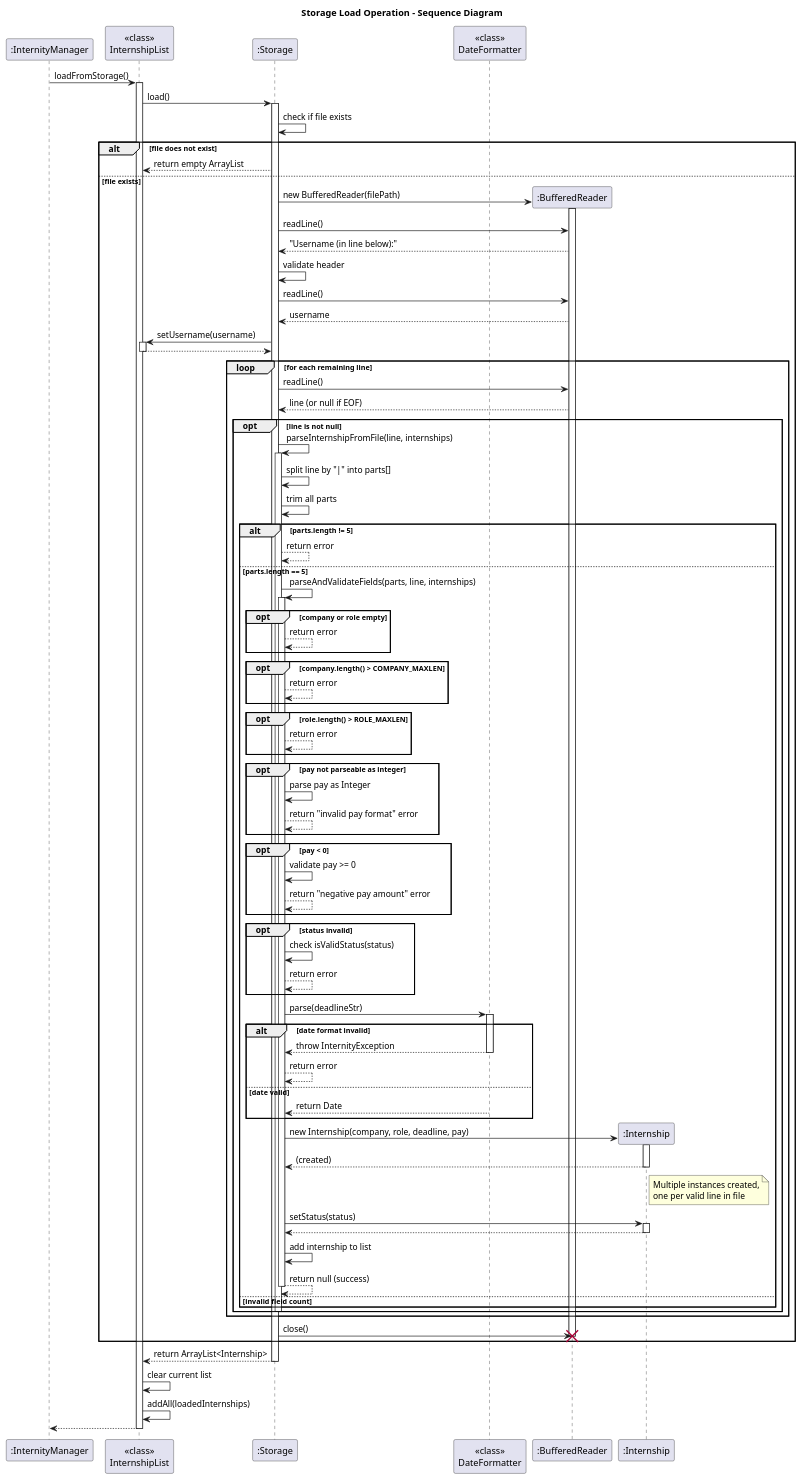
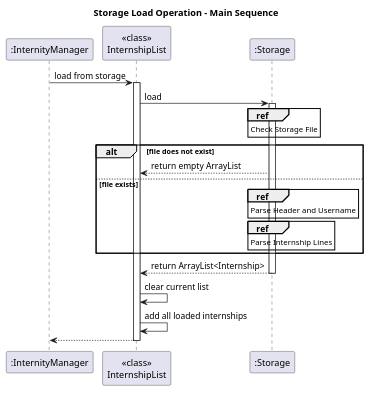
Before and after one commit to AY2526S1-CS2113-W14-4/tp: the diagram in docs/diagrams/StorageLoadSD.puml, drawn with PlantUML. The commit also changed 7 other files, not shown here.

Commit message:
Simplify StorageLoadSD

```diff
--- a/docs/diagrams/StorageLoadSD.puml
+++ b/docs/diagrams/StorageLoadSD.puml
@@ -1,127 +1,39 @@
 @startuml
-title Storage Load Operation - Sequence Diagram
+title Storage Load Operation - Main Sequence
 
 participant ":InternityManager" as IM
 participant "<<class>>\nInternshipList" as IL
 participant ":Storage" as S
-participant "<<class>>\nDateFormatter" as DF
 
-IM -> IL: loadFromStorage()
+IM -> IL: load from storage
 activate IL
 
-IL -> S: load()
+IL -> S: load
 activate S
 
-S -> S: check if file exists
+ref over S
+    Check Storage File
+end ref
+
 alt file does not exist
     S --> IL: return empty ArrayList
 else file exists
-    create ":BufferedReader" as BR
-    S -> BR**: new BufferedReader(filePath)
-    activate BR
+    ref over S
+        Parse Header and Username
+    end ref
 
-    S -> BR: readLine()
-    BR --> S: "Username (in line below):"
-
-    S -> S: validate header
-
-    S -> BR: readLine()
-    BR --> S: username
-
-    S -> IL: setUsername(username)
-    activate IL
-    IL --> S:
-    deactivate IL
-
-    loop for each remaining line
-        S -> BR: readLine()
-        BR --> S: line (or null if EOF)
-
-        opt line is not null
-            S -> S: parseInternshipFromFile(line, internships)
-            activate S
-
-            S -> S: split line by "|" into parts[]
-            S -> S: trim all parts
-
-            alt parts.length != 5
-                S --> S: return error
-            else parts.length == 5
-                S -> S: parseAndValidateFields(parts, line, internships)
-                activate S
-
-                opt company or role empty
-                    S --> S: return error
-                end
-
-                opt company.length() > COMPANY_MAXLEN
-                    S --> S: return error
-                end
-
-                opt role.length() > ROLE_MAXLEN
-                    S --> S: return error
-                end
-
-                opt pay not parseable as integer
-                    S -> S: parse pay as Integer
-                    S --> S: return "invalid pay format" error
-                end
-
-                opt pay < 0
-                    S -> S: validate pay >= 0
-                    S --> S: return "negative pay amount" error
-                end
-
-                opt status invalid
-                    S -> S: check isValidStatus(status)
-                    S --> S: return error
-                end
-
-                S -> DF: parse(deadlineStr)
-                activate DF
-                alt date format invalid
-                    DF --> S: throw InternityException
-                    deactivate DF
-                    S --> S: return error
-                else date valid
-                    DF --> S: return Date
-                    deactivate DF
-                end
-
-                create ":Internship" as Intern
-                S -> Intern**: new Internship(company, role, deadline, pay)
-                activate Intern
-                return (created)
-                note right of Intern: Multiple instances created,\none per valid line in file
-
-                S -> Intern: setStatus(status)
-                activate Intern
-                Intern --> S:
-                deactivate Intern
-
-                S -> S: add internship to list
-                S --> S: return null (success)
-
-                deactivate S
-            else invalid field count
-            end
-
-            deactivate S
-        end
-    end
-
-    S -> BR: close()
-    deactivate BR
-    destroy BR
+    ref over S
+        Parse Internship Lines
+    end ref
 end
 
 S --> IL: return ArrayList<Internship>
 deactivate S
 
 IL -> IL: clear current list
-IL -> IL: addAll(loadedInternships)
+IL -> IL: add all loaded internships
 
-IL --> IM:
+IL --> IM
 deactivate IL
 
 @enduml
```
